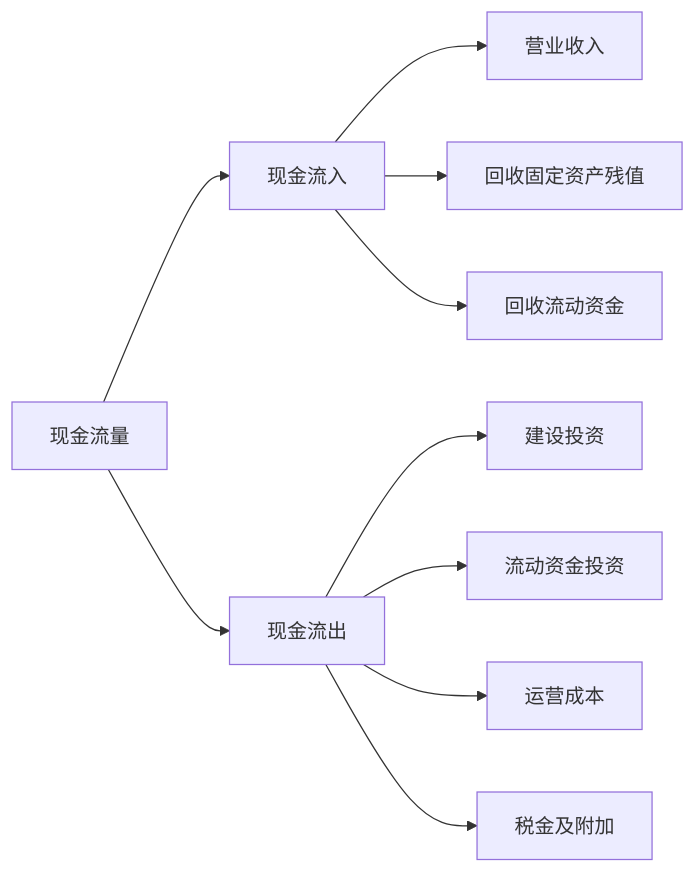
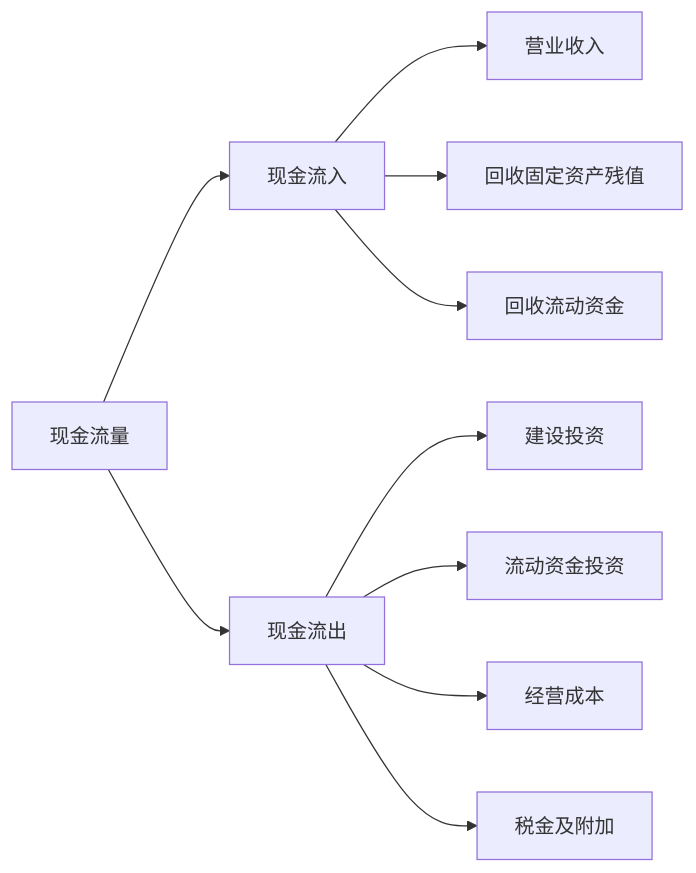
One commit to UNLINEARITY/Learn-Everything changed the first of 2 diagrams in src/site/notes/现金流量.md. Above: the diagram before and after it, drawn with Mermaid. The commit also changed other lines of this file, not shown here.

````diff
--- a/src/site/notes/现金流量.md
+++ b/src/site/notes/现金流量.md
@@ -30,6 +30,6 @@
 ```mermaid  
 graph LR
 现金流量 -->现金流入 & 现金流出
-现金流入 --> 营业收入 & 回收固定资产残值 & 回收流动资金
-现金流出 -->建设投资 & 流动资金投资 & 运营成本 & 税金及附加
+现金流入 -->营业收入 & 回收固定资产残值 & 回收流动资金
+现金流出 -->建设投资 & 流动资金投资 & 经营成本 & 税金及附加
 ```
````
